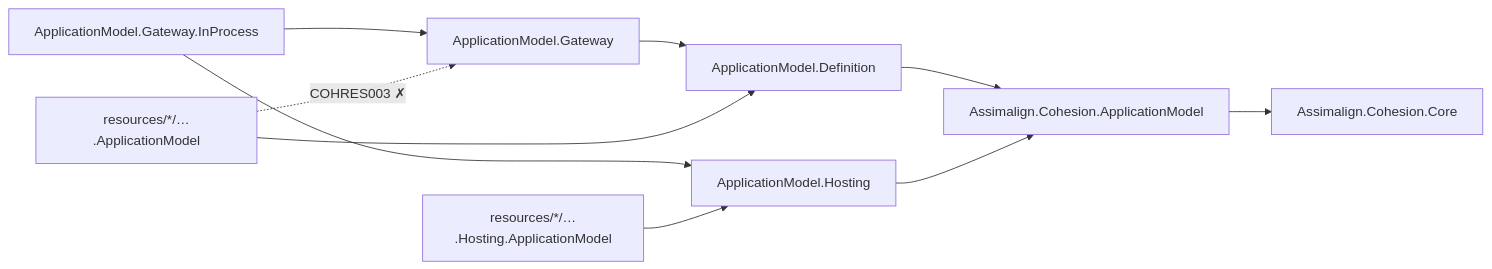
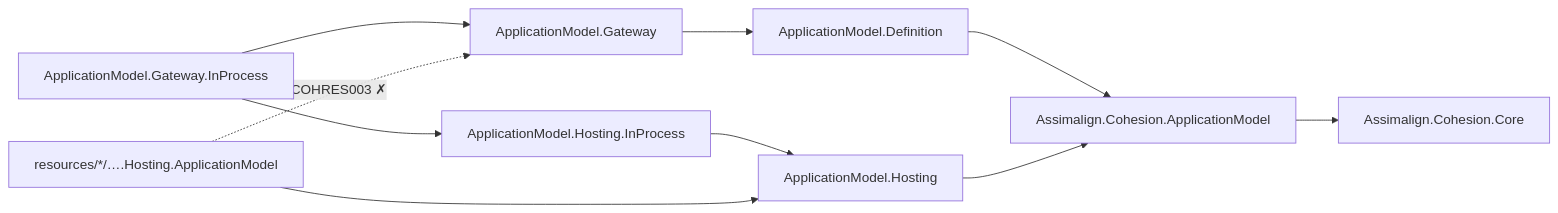
Before and after one commit to assimalign/cohesion: the diagram in libraries/ApplicationModel/README.md, drawn with Mermaid. The commit also changed other lines of this file and 126 other files, not shown here.

````diff
--- a/libraries/ApplicationModel/README.md
+++ b/libraries/ApplicationModel/README.md
@@ -40,12 +44,12 @@
 ```mermaid
 flowchart LR
     Definition["ApplicationModel.Definition"] --> Contracts["Assimalign.Cohesion.ApplicationModel"]
     Hosting["ApplicationModel.Hosting"] --> Contracts
     Contracts --> Core["Assimalign.Cohesion.Core"]
     Gateway["ApplicationModel.Gateway"] --> Definition
-    InProcess["ApplicationModel.Gateway.InProcess"] --> Gateway
-    InProcess --> Hosting
-    AreaModel["resources/*/…​.ApplicationModel"] --> Definition
-    AreaHosting["resources/*/…​.Hosting.ApplicationModel"] --> Hosting
-    AreaModel -.->|"COHRES003 ✗"| Gateway
+    HostingInProcess["ApplicationModel.Hosting.InProcess"] --> Hosting
+    GatewayInProcess["ApplicationModel.Gateway.InProcess"] --> Gateway
+    GatewayInProcess --> HostingInProcess
+    AreaHosting["resources/*/….Hosting.ApplicationModel"] --> Hosting
+    AreaHosting -.->|"COHRES003 ✗"| Gateway
 ```
````
